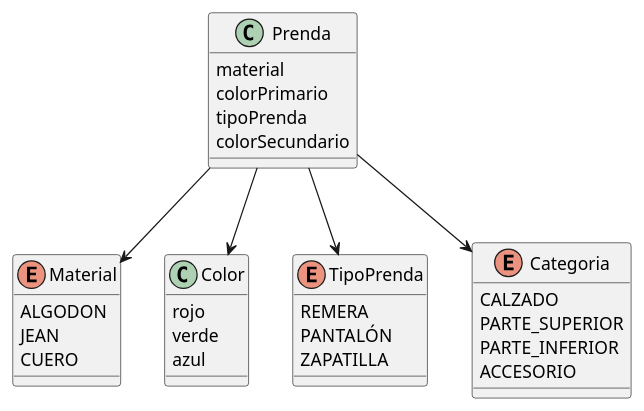
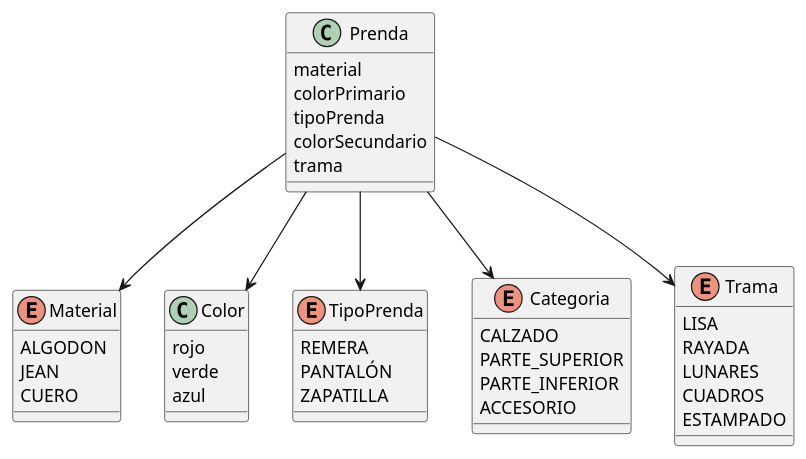
The diagram in SegundaIteracion/diagramaDeclases.plantuml (SwaXTech/QMP-1ra-Iteracion), drawn with PlantUML before and after one commit.

Commit message:
Ahora la prenda tiene una trama (enum)

```diff
--- a/SegundaIteracion/diagramaDeclases.plantuml
+++ b/SegundaIteracion/diagramaDeclases.plantuml
@@ -1,44 +1,54 @@
 @startuml QMP Segunda Iteración
 
 class Prenda{
   material
   colorPrimario
   tipoPrenda
   colorSecundario
+  trama
 }
 
 Prenda -d-> Material
 enum Material{
   ALGODON
   JEAN
   CUERO
 }
 
 Prenda -d-> Color
 class Color{
   rojo
   verde
   azul
 }
 
 Prenda -d-> TipoPrenda
 enum TipoPrenda{
   REMERA
   PANTALÓN
   ZAPATILLA
 }
 
 
 Prenda -d-> Categoria
 enum Categoria{
   CALZADO
   PARTE_SUPERIOR
   PARTE_INFERIOR
   ACCESORIO
 }
 
+Prenda -d-> Trama
+enum Trama{
+  LISA
+  RAYADA
+  LUNARES
+  CUADROS
+  ESTAMPADO
+}
+
 
 
 
 
 @enduml
```
